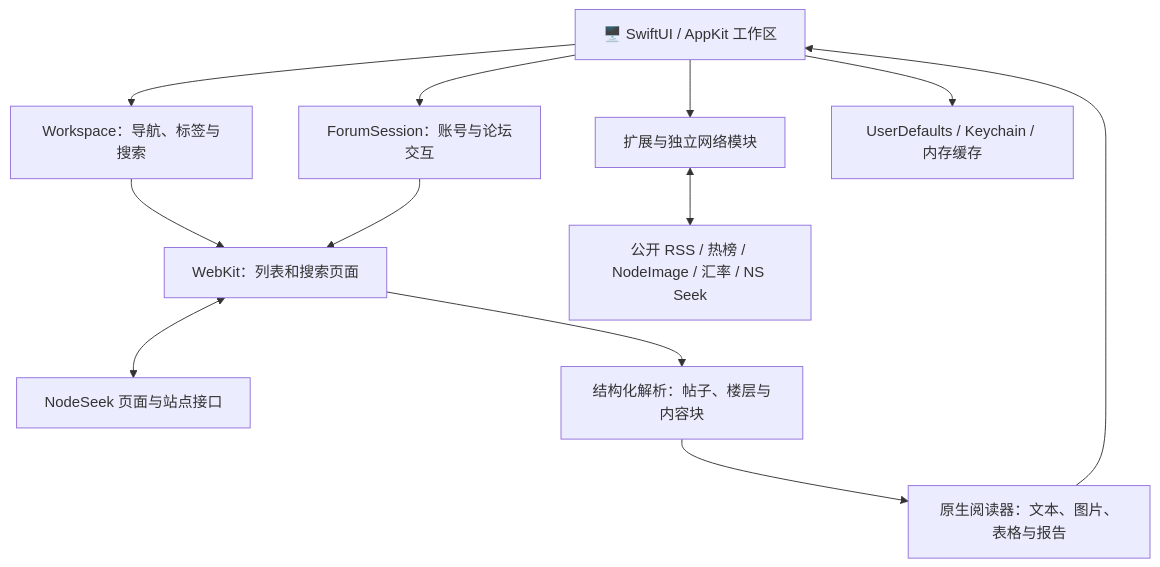
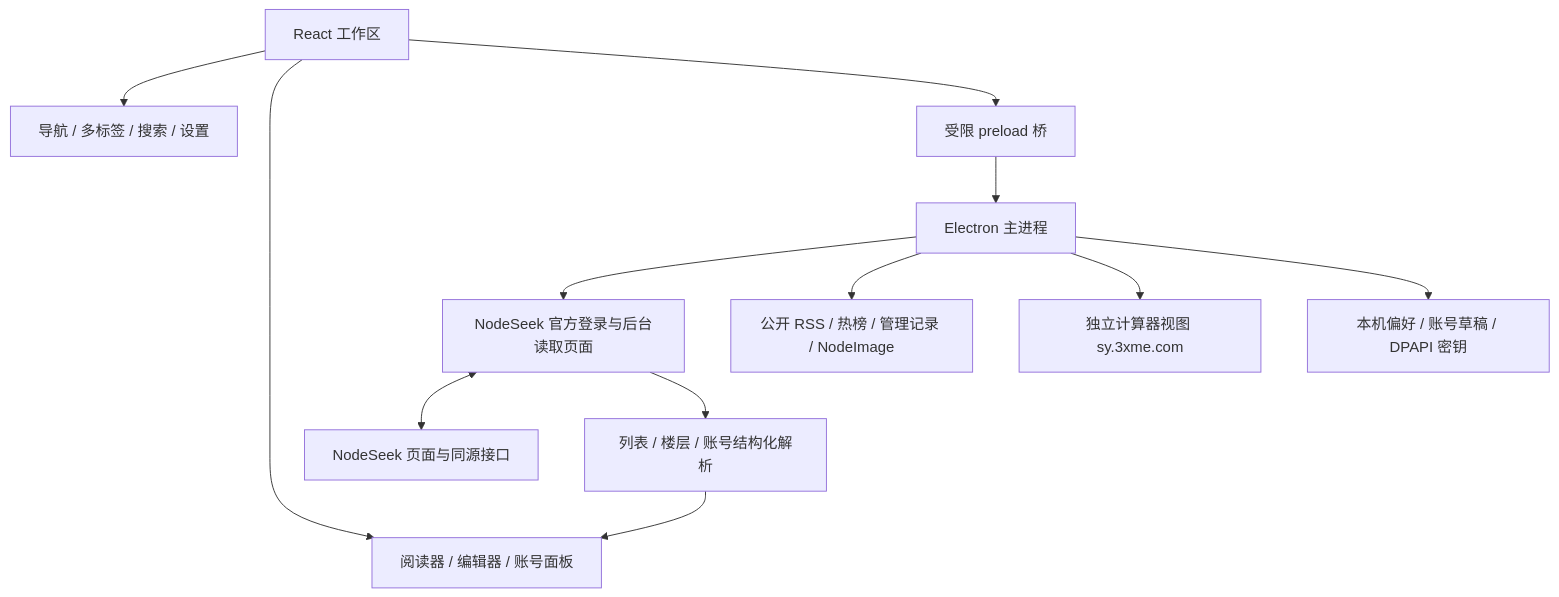
Before and after one commit to M1nt18/SeekDesk-Windows: the diagram in README.md, drawn with Mermaid. The commit also changed other lines of this file and 126 other files, not shown here.

````diff
--- a/README.md
+++ b/README.md
@@ -235,14 +274,14 @@
 ```mermaid
 flowchart TB
-    UI["🖥️ SwiftUI / AppKit 工作区"] --> W["Workspace：导航、标签与搜索"]
-    UI --> S["ForumSession：账号与论坛交互"]
-    W --> P["WebKit：列表和搜索页面"]
-    S --> P
-    P <--> NS["NodeSeek 页面与站点接口"]
-    P --> D["结构化解析：帖子、楼层与内容块"]
-    D --> R["原生阅读器：文本、图片、表格与报告"]
-    R --> UI
-    UI --> E["扩展与独立网络模块"]
-    E <--> X["公开 RSS / 热榜 / NodeImage / 汇率 / NS Seek"]
-    UI --> L["UserDefaults / Keychain / 内存缓存"]
+    UI["React 工作区"] --> W["导航 / 多标签 / 搜索 / 设置"]
+    UI --> R["阅读器 / 编辑器 / 账号面板"]
+    UI --> IPC["受限 preload 桥"]
+    IPC --> E["Electron 主进程"]
+    E --> F["NodeSeek 官方登录与后台读取页面"]
+    F <--> NS["NodeSeek 页面与同源接口"]
+    F --> D["列表 / 楼层 / 账号结构化解析"]
+    D --> R
+    E --> P["公开 RSS / 热榜 / 管理记录 / NodeImage"]
+    E --> C["独立计算器视图 sy.3xme.com"]
+    E --> L["本机偏好 / 账号草稿 / DPAPI 密钥"]
 ```
````
